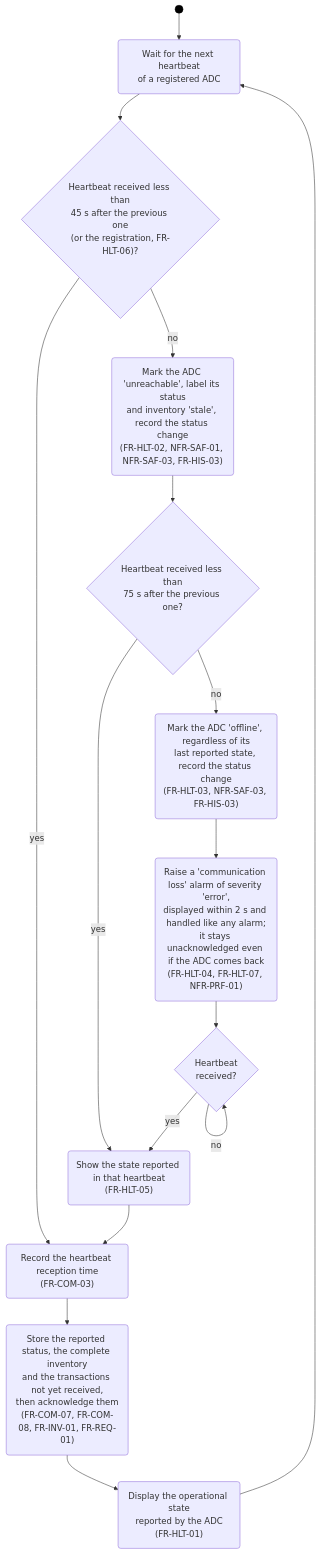
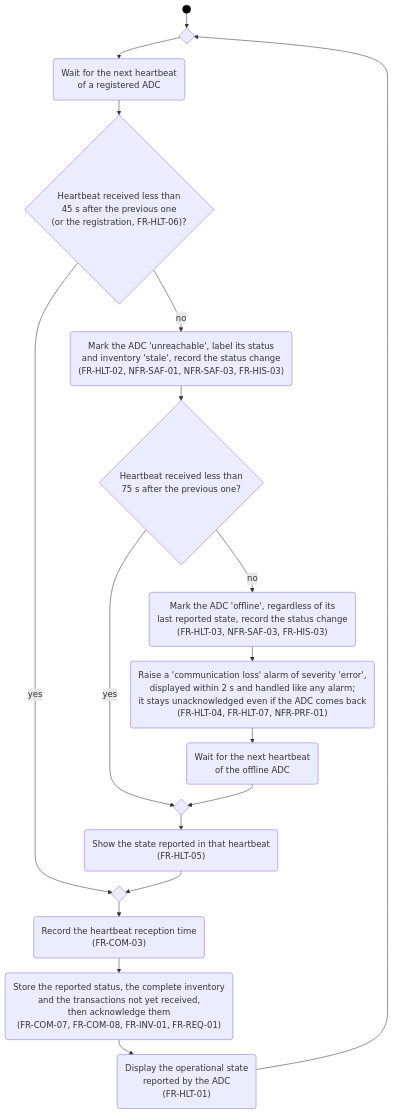
The third of 4 diagrams in docs/part-b/deliverable-1/diagrams/activity-diagram.md (LukaMrt/3K04-project), drawn with Mermaid before and after one commit. The commit also changed other lines of this file and 9 other files, not shown here.

````diff
--- a/docs/part-b/deliverable-1/diagrams/activity-diagram.md
+++ b/docs/part-b/deliverable-1/diagrams/activity-diagram.md
@@ -69,21 +75,24 @@
 ```mermaid
+%%{init: {"flowchart": {"wrappingWidth": 600, "rankSpacing": 28, "nodeSpacing": 30}}}%%
 flowchart TD
-    Start((" ")) --> Wait("Wait for the next heartbeat<br/>of a registered ADC")
+    Start((" ")) --> MWait{" "}
+    MWait --> Wait("Wait for the next heartbeat<br/>of a registered ADC")
     Wait --> Within45{"Heartbeat received less than<br/>45 s after the previous one<br/>(or the registration, FR-HLT-06)?"}
-    Within45 -- "yes" --> RecordHb("Record the heartbeat reception time<br/>(FR-COM-03)")
+    Within45 -- "yes" --> MRecord{" "}
+    MRecord --> RecordHb("Record the heartbeat reception time<br/>(FR-COM-03)")
     RecordHb --> Store("Store the reported status, the complete inventory<br/>and the transactions not yet received,<br/>then acknowledge them<br/>(FR-COM-07, FR-COM-08, FR-INV-01, FR-REQ-01)")
     Store --> ShowState("Display the operational state<br/>reported by the ADC<br/>(FR-HLT-01)")
-    ShowState --> Wait
+    ShowState --> MWait
     Within45 -- "no" --> Unreachable("Mark the ADC 'unreachable', label its status<br/>and inventory 'stale', record the status change<br/>(FR-HLT-02, NFR-SAF-01, NFR-SAF-03, FR-HIS-03)")
     Unreachable --> Within75{"Heartbeat received less than<br/>75 s after the previous one?"}
-    Within75 -- "yes" --> Recover("Show the state reported in that heartbeat<br/>(FR-HLT-05)")
-    Recover --> RecordHb
+    Within75 -- "yes" --> MRecover{" "}
+    MRecover --> Recover("Show the state reported in that heartbeat<br/>(FR-HLT-05)")
+    Recover --> MRecord
     Within75 -- "no" --> Offline("Mark the ADC 'offline', regardless of its<br/>last reported state, record the status change<br/>(FR-HLT-03, NFR-SAF-03, FR-HIS-03)")
     Offline --> Alert("Raise a 'communication loss' alarm of severity 'error',<br/>displayed within 2 s and handled like any alarm;<br/>it stays unacknowledged even if the ADC comes back<br/>(FR-HLT-04, FR-HLT-07, NFR-PRF-01)")
-    Alert --> WaitBack{"Heartbeat<br/>received?"}
-    WaitBack -- "no" --> WaitBack
-    WaitBack -- "yes" --> Recover
+    Alert --> WaitBack("Wait for the next heartbeat<br/>of the offline ADC")
+    WaitBack --> MRecover
 
     classDef initial fill:#000,stroke:#000;
     class Start initial;
 ```
````
